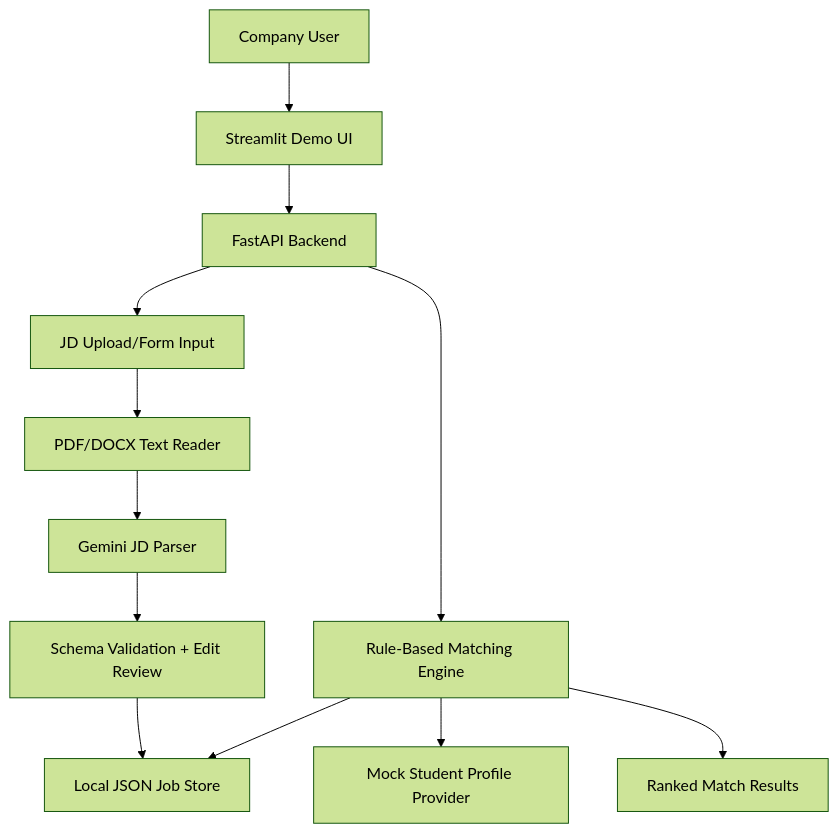
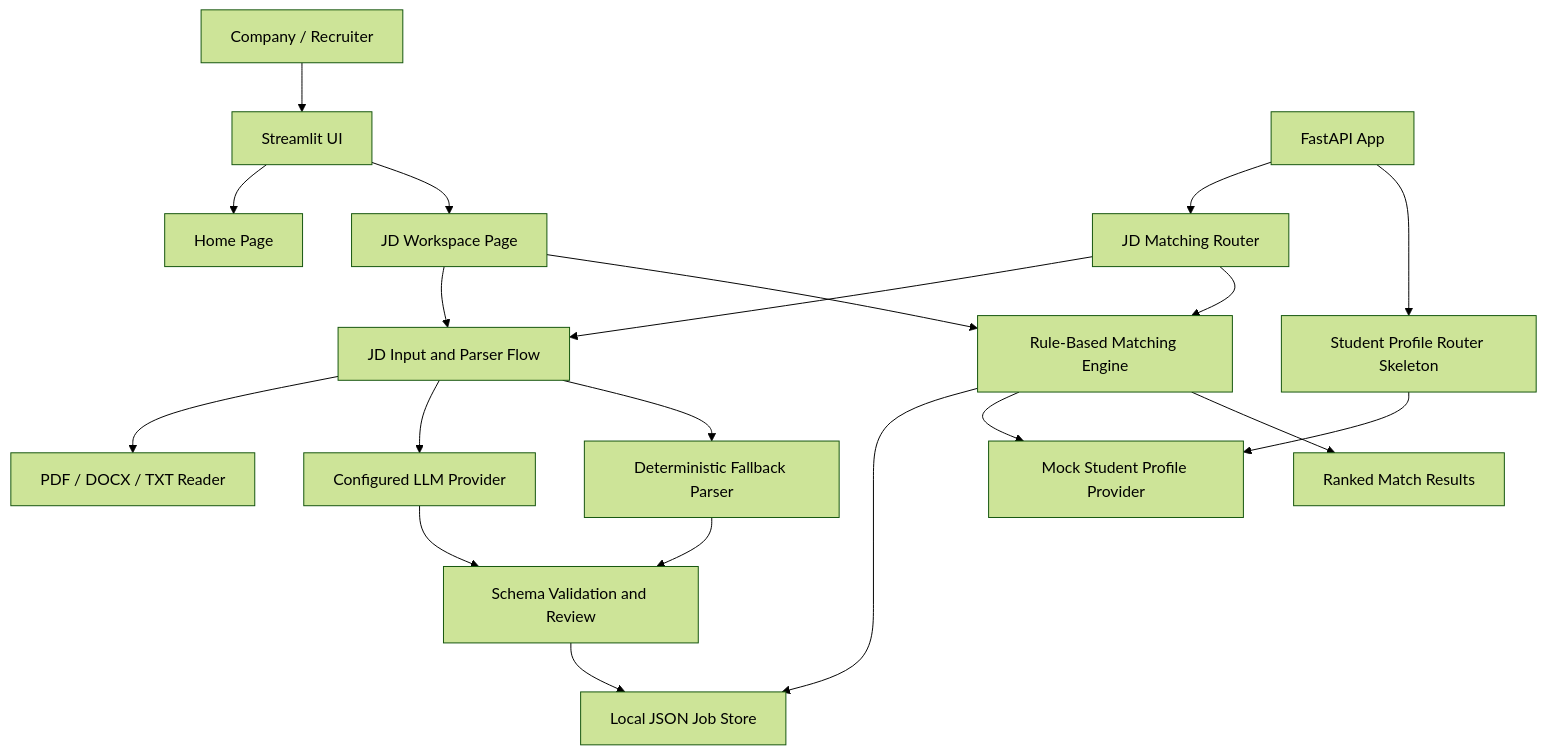
One commit to danielngo03/Vinuni-Career changed the diagram in docs/ARCHITECTURE.md. Above: the diagram before and after it, drawn with Mermaid (forest theme). The commit also changed other lines of this file and 7 other files, not shown here.

````diff
--- a/docs/ARCHITECTURE.md
+++ b/docs/ARCHITECTURE.md
@@ -9,14 +9,22 @@
 ```mermaid
 graph TB
-    Company[Company User] --> UI[Streamlit Demo UI]
-    UI --> API[FastAPI Backend]
-    API --> JDInput[JD Upload/Form Input]
-    JDInput --> Reader[PDF/DOCX Text Reader]
-    Reader --> Parser[Gemini JD Parser]
-    Parser --> Validator[Schema Validation + Edit Review]
-    Validator --> JobStore[Local JSON Job Store]
-    API --> Matcher[Rule-Based Matching Engine]
+    Company["Company / Recruiter"] --> UI["Streamlit UI"]
+    UI --> Home["Home Page"]
+    UI --> JDPage["JD Workspace Page"]
+    JDPage --> ParserFlow["JD Input and Parser Flow"]
+    ParserFlow --> Reader["PDF / DOCX / TXT Reader"]
+    ParserFlow --> LLM["Configured LLM Provider"]
+    ParserFlow --> Fallback["Deterministic Fallback Parser"]
+    LLM --> Validator["Schema Validation and Review"]
+    Fallback --> Validator
+    Validator --> JobStore["Local JSON Job Store"]
+    JDPage --> Matcher["Rule-Based Matching Engine"]
     Matcher --> JobStore
-    Matcher --> StudentProvider[Mock Student Profile Provider]
-    Matcher --> Results[Ranked Match Results]
+    Matcher --> StudentProvider["Mock Student Profile Provider"]
+    Matcher --> Results["Ranked Match Results"]
+    API["FastAPI App"] --> JDRouter["JD Matching Router"]
+    API --> StudentRouter["Student Profile Router Skeleton"]
+    JDRouter --> ParserFlow
+    JDRouter --> Matcher
+    StudentRouter --> StudentProvider
 ```
````
